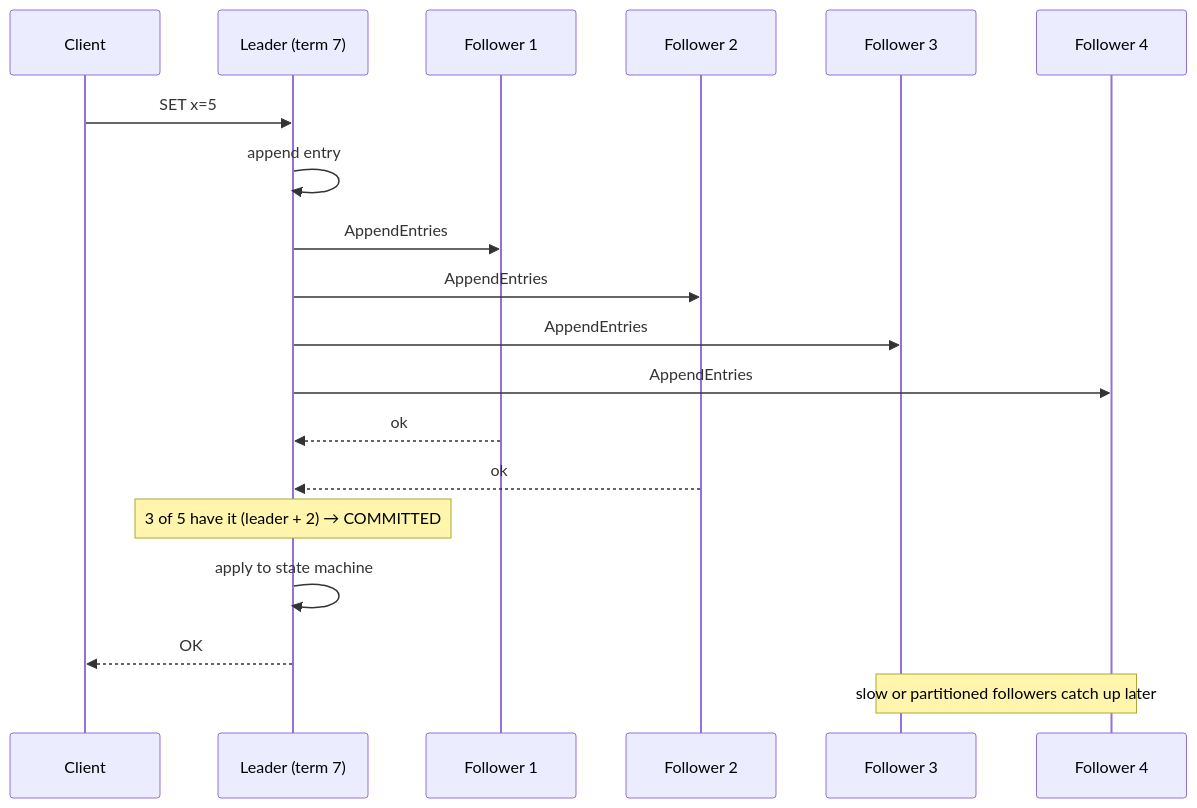
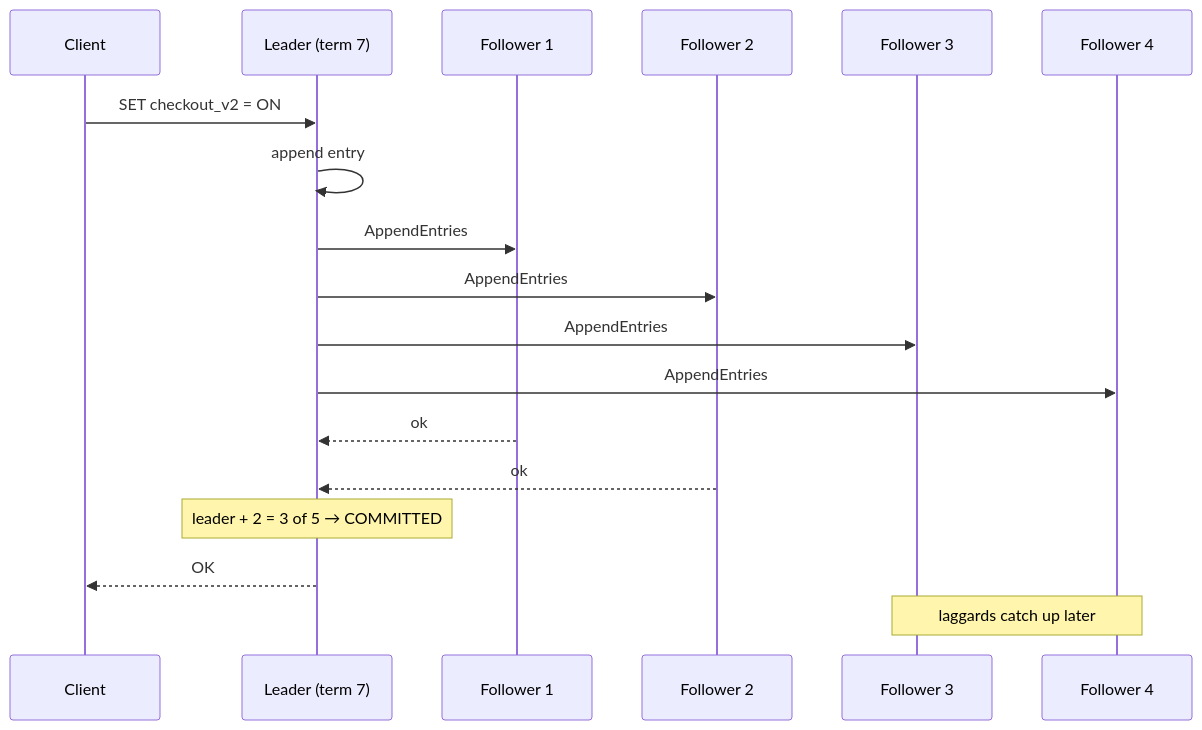
One commit to winnyboy5/System-Design-from-Atoms changed the second of 2 diagrams in phases/10-deep-internals/085-consensus-raft.md. Above: the diagram before and after it, drawn with Mermaid. The commit also changed other lines of this file and 9 other files, not shown here.

````diff
--- a/phases/10-deep-internals/085-consensus-raft.md
+++ b/phases/10-deep-internals/085-consensus-raft.md
@@ -38,21 +48,20 @@
 ```mermaid
 sequenceDiagram
     participant C as Client
     participant L as Leader (term 7)
     participant F1 as Follower 1
     participant F2 as Follower 2
     participant F3 as Follower 3
     participant F4 as Follower 4
-    C->>L: SET x=5
+    C->>L: SET checkout_v2 = ON
     L->>L: append entry #42 (term 7)
     L->>F1: AppendEntries #42
     L->>F2: AppendEntries #42
     L->>F3: AppendEntries #42
     L->>F4: AppendEntries #42
     F1-->>L: ok
     F2-->>L: ok
-    Note over L: 3 of 5 have it (leader + 2) → COMMITTED
-    L->>L: apply to state machine
+    Note over L: leader + 2 = 3 of 5 → COMMITTED
     L-->>C: OK
-    Note over F3,F4: slow or partitioned followers catch up later
+    Note over F3,F4: laggards catch up later
 ```
````
